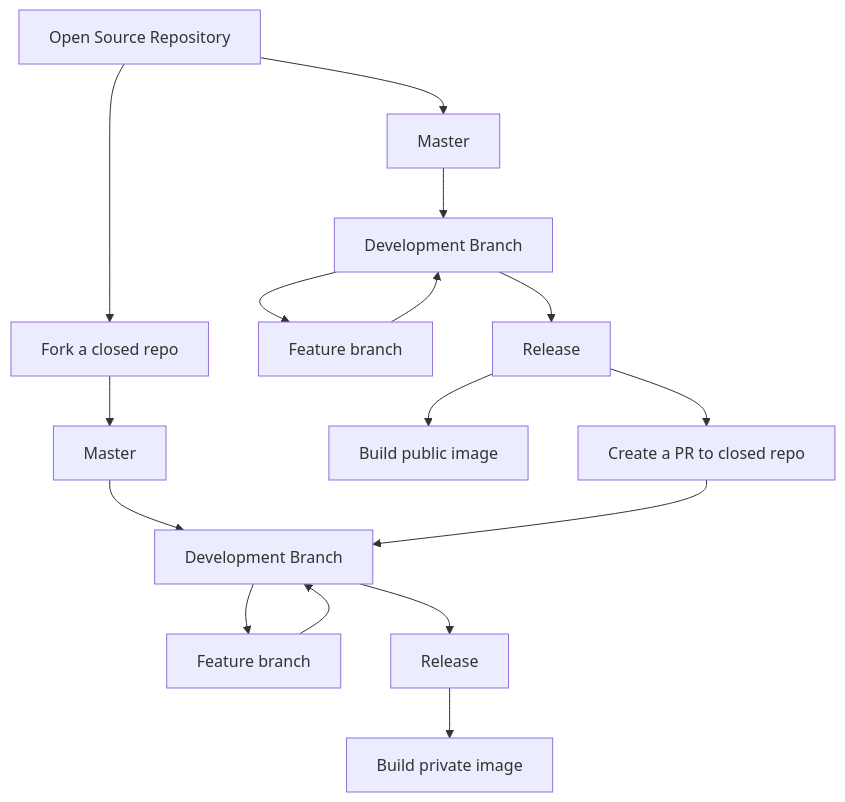
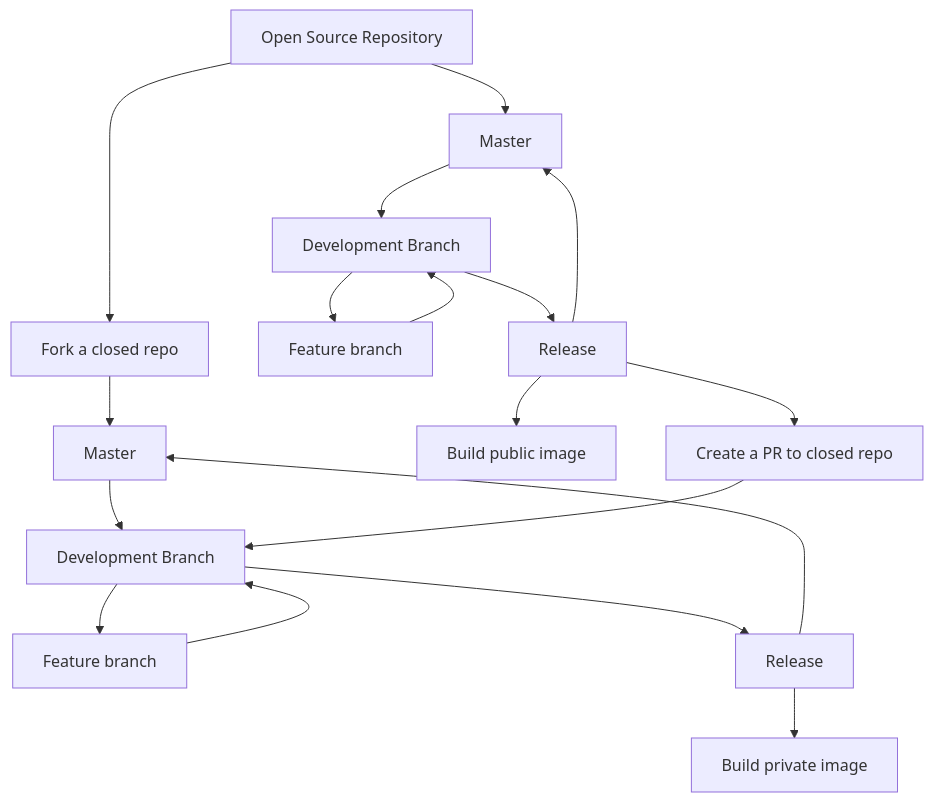
One commit to sumesh-aot/forms-flow-ai-rfcs changed the second of 2 diagrams in rfcs/packaging-changes.md. Above: the diagram before and after it, drawn with Mermaid.

````diff
--- a/rfcs/packaging-changes.md
+++ b/rfcs/packaging-changes.md
@@ -40,21 +40,22 @@
 ```mermaid
 graph TD
   O1[Open Source Repository] --> C1[Fork a closed repo]
   C1 --> C2[Master]
   C2 --> C3[Development Branch]
   C3 --> C4[Feature branch]
   C4 --> C3
   C3 --> C5[Release]
   C5 --> C6[Build private image]
+  C5 --> C2
 
   O1 --> O2[Master]
   O2 --> O3[Development Branch]
   O3 --> O4[Feature branch]
   O4 --> O3
   O3 --> O5[Release]
   O5 --> O6[Build public image]
   O5 --> O7[Create a PR to closed repo]
   O7 --> C3
-
+  O5 --> O2
 
 ```
````
